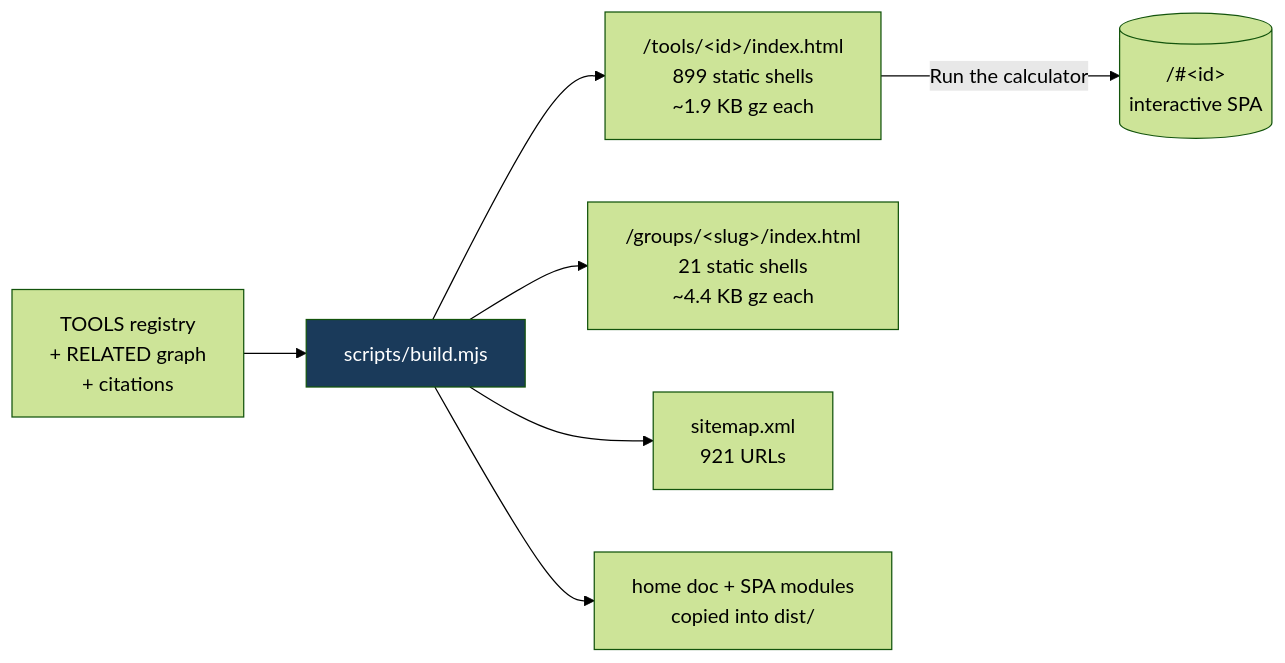
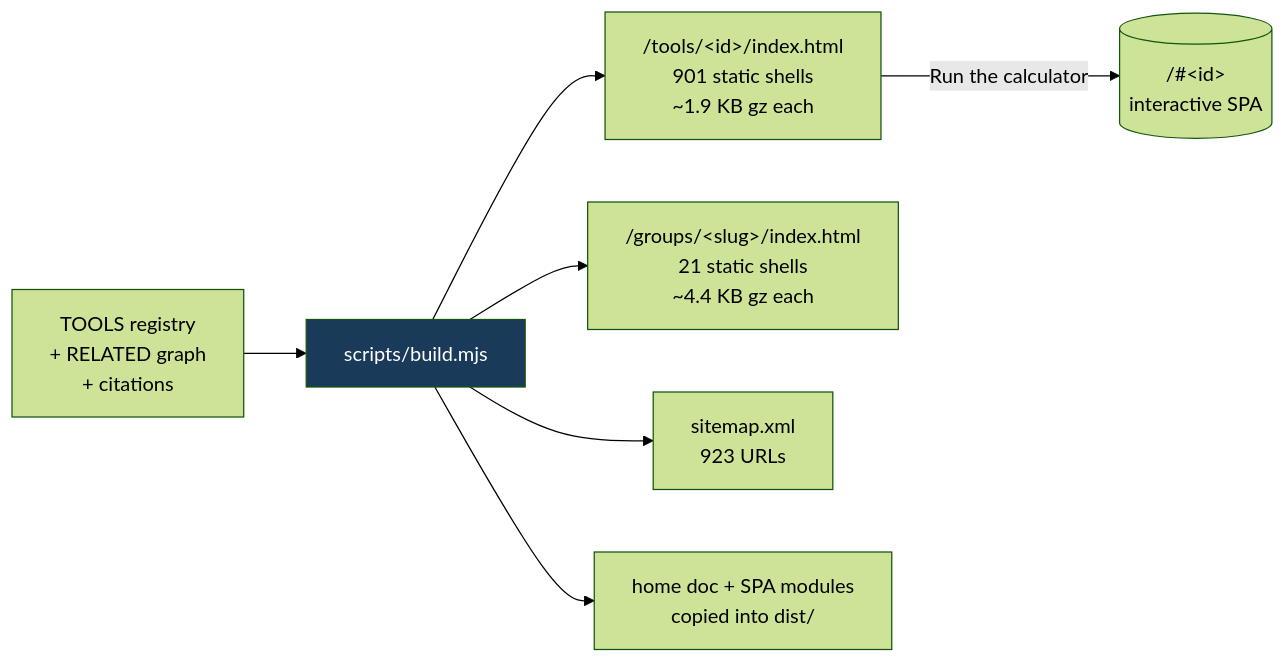
The fifth of 8 diagrams in README.md (clay-good/roughlogic.com), drawn with Mermaid (forest theme) before and after one commit. The commit also changed other lines of this file and 19 other files, not shown here.

````diff
--- a/README.md
+++ b/README.md
@@ -495,10 +495,10 @@
 ```mermaid
 flowchart LR
     SRC[TOOLS registry\n+ RELATED graph\n+ citations] --> BUILD[scripts/build.mjs]
-    BUILD --> TILE["/tools/&lt;id&gt;/index.html\n899 static shells\n~1.9 KB gz each"]
+    BUILD --> TILE["/tools/&lt;id&gt;/index.html\n901 static shells\n~1.9 KB gz each"]
     BUILD --> GROUP["/groups/&lt;slug&gt;/index.html\n21 static shells\n~4.4 KB gz each"]
-    BUILD --> MAP["sitemap.xml\n921 URLs"]
+    BUILD --> MAP["sitemap.xml\n923 URLs"]
     BUILD --> COPY[home doc + SPA modules\ncopied into dist/]
     TILE -->|Run the calculator| SPA[("/#&lt;id&gt;\ninteractive SPA")]
     style BUILD fill:#1a3a5a,color:#fff
 ```
````
